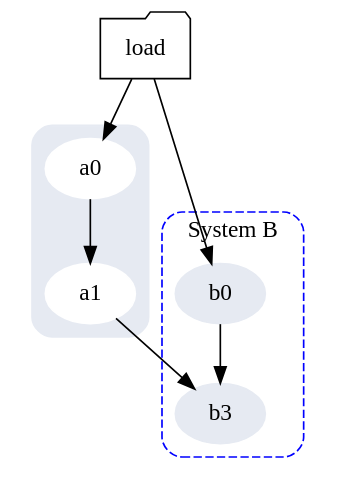
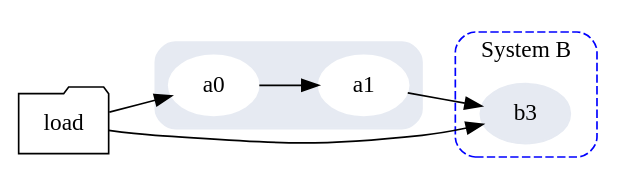
One commit to wangkuiyi/pandoc-with-graphviz-filter changed the diagram in README.md. Above: the diagram before and after it, drawn with Graphviz. The commit also changed other lines of this file and 3 other files, not shown here.

````diff
--- a/README.md
+++ b/README.md
@@ -15,26 +19,27 @@
 ```dot
 digraph G {
   bgcolor="#ffffff00"
+  rankdir=LR
 
   subgraph cluster_0 {
     style="filled, rounded";
     color="#E6EAF2"
     node [style=filled,color=white];
     a0 -> a1;
   }
 
   subgraph cluster_1 {
     node [style=filled color="#E6EAF2"];
-    b0 -> b3;
+    b3;
     label = "System B";
     style="dashed, rounded"
     color=blue
   }
 
   start -> a0;
-  start -> b0;
+  start -> b3;
   a1 -> b3;
 
   start [label="load" shape=folder];
 }
 ```
````
